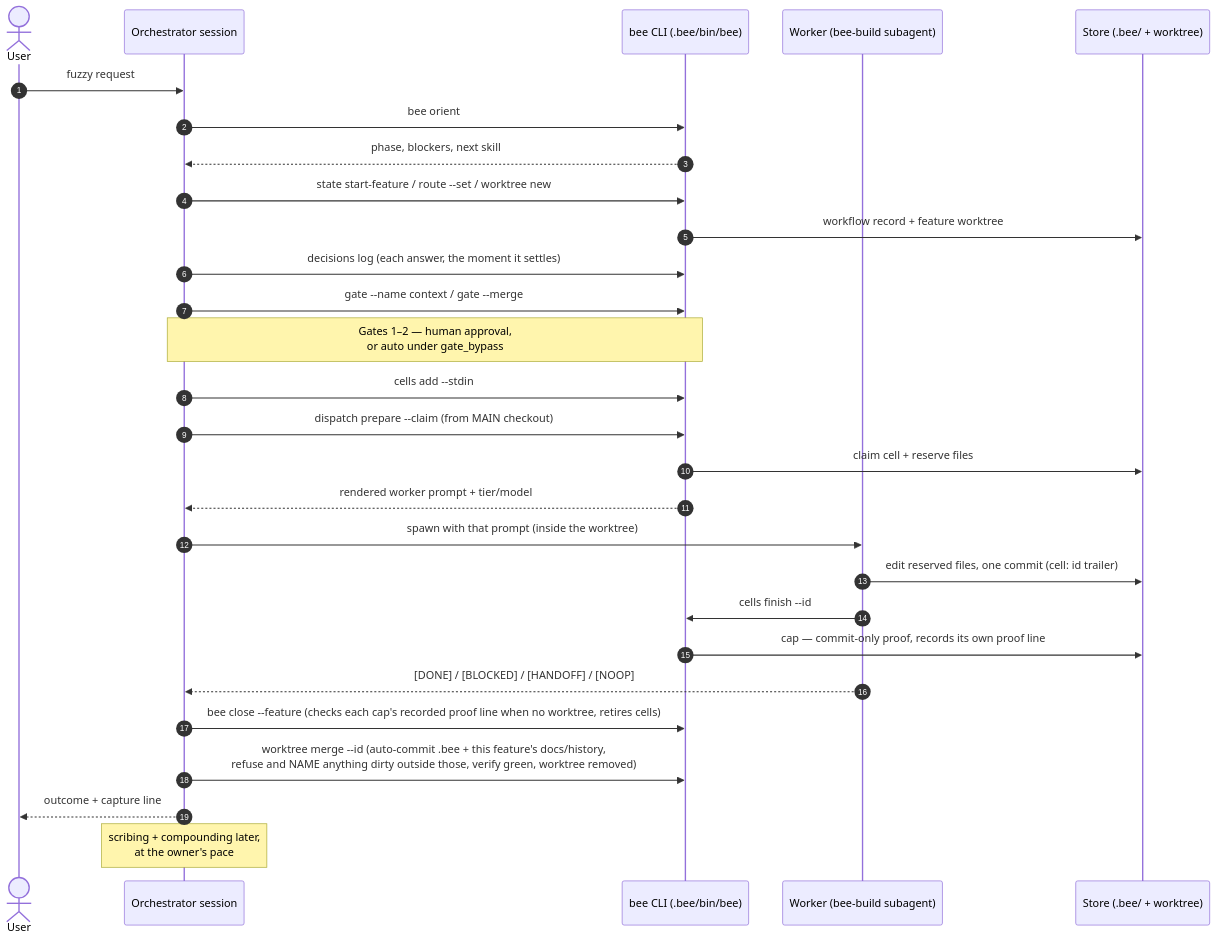
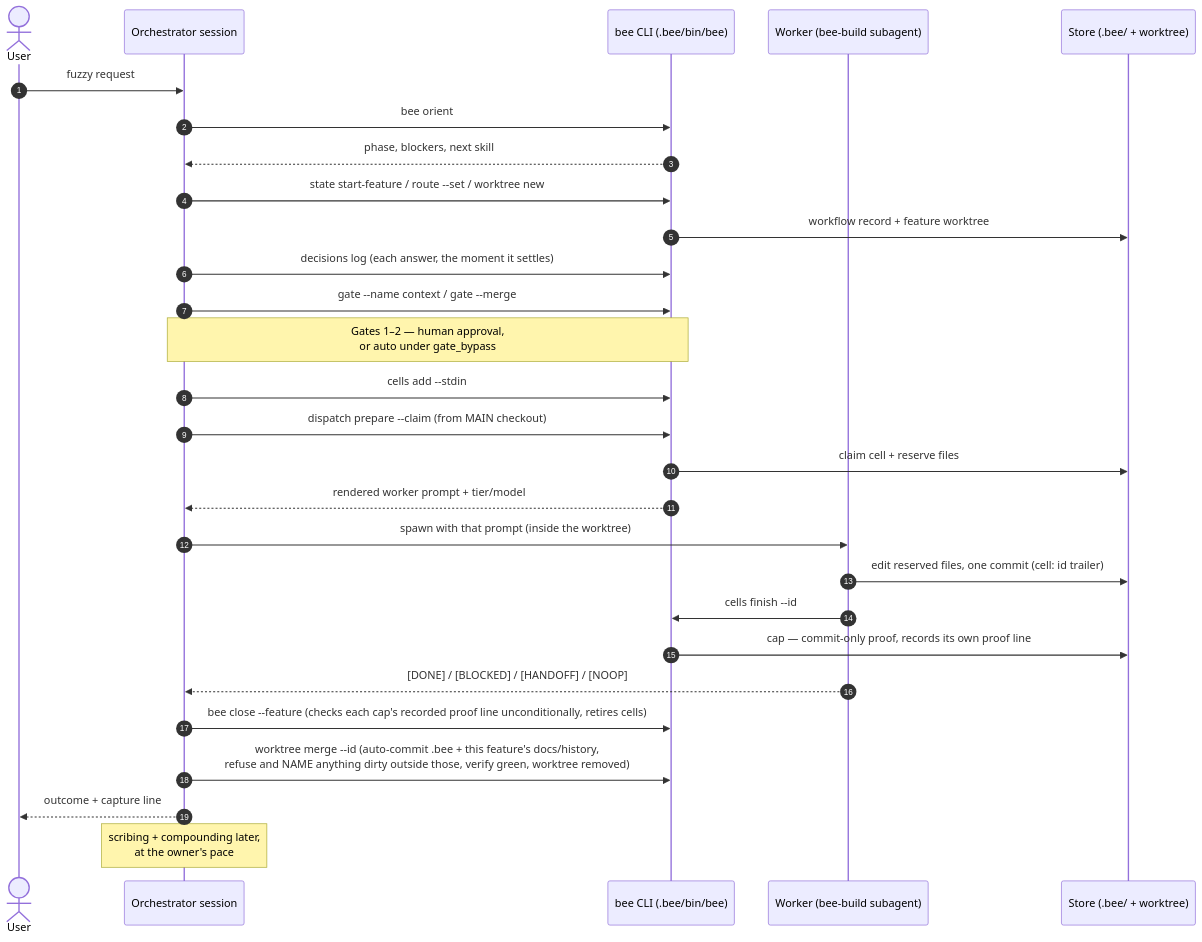
One commit to thanhsmind/beehive changed the third of 6 diagrams in docs/handbook/architecture-map.md. Above: the diagram before and after it, drawn with Mermaid. The commit also changed 4 other files, not shown here.

````diff
--- a/docs/handbook/architecture-map.md
+++ b/docs/handbook/architecture-map.md
@@ -124,31 +124,31 @@
 ```mermaid
 sequenceDiagram
     autonumber
     actor U as User
     participant O as Orchestrator session
     participant B as bee CLI (.bee/bin/bee)
     participant W as Worker (bee-build subagent)
     participant S as Store (.bee/ + worktree)
 
     U->>O: fuzzy request
     O->>B: bee orient
     B-->>O: phase, blockers, next skill
     O->>B: state start-feature / route --set / worktree new
     B->>S: workflow record + feature worktree
     O->>B: decisions log (each answer, the moment it settles)
     O->>B: gate --name context / gate --merge
     Note over O,B: Gates 1–2 — human approval,<br/>or auto under gate_bypass
     O->>B: cells add --stdin
     O->>B: dispatch prepare --claim (from MAIN checkout)
     B->>S: claim cell + reserve files
     B-->>O: rendered worker prompt + tier/model
     O->>W: spawn with that prompt (inside the worktree)
     W->>S: edit reserved files, one commit (cell: id trailer)
     W->>B: cells finish --id
     B->>S: cap — commit-only proof, records its own proof line
     W-->>O: [DONE] / [BLOCKED] / [HANDOFF] / [NOOP]
-    O->>B: bee close --feature (checks each cap's recorded proof line when no worktree, retires cells)
+    O->>B: bee close --feature (checks each cap's recorded proof line unconditionally, retires cells)
     O->>B: worktree merge --id (auto-commit .bee + this feature's docs/history,<br/>refuse and NAME anything dirty outside those, verify green, worktree removed)
     O-->>U: outcome + capture line
     Note over O: scribing + compounding later,<br/>at the owner's pace
 ```
````
